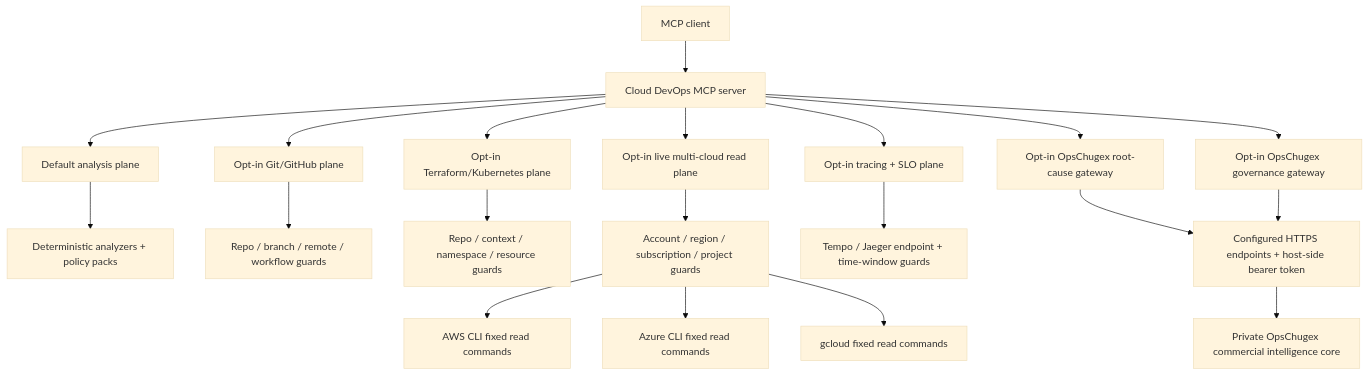
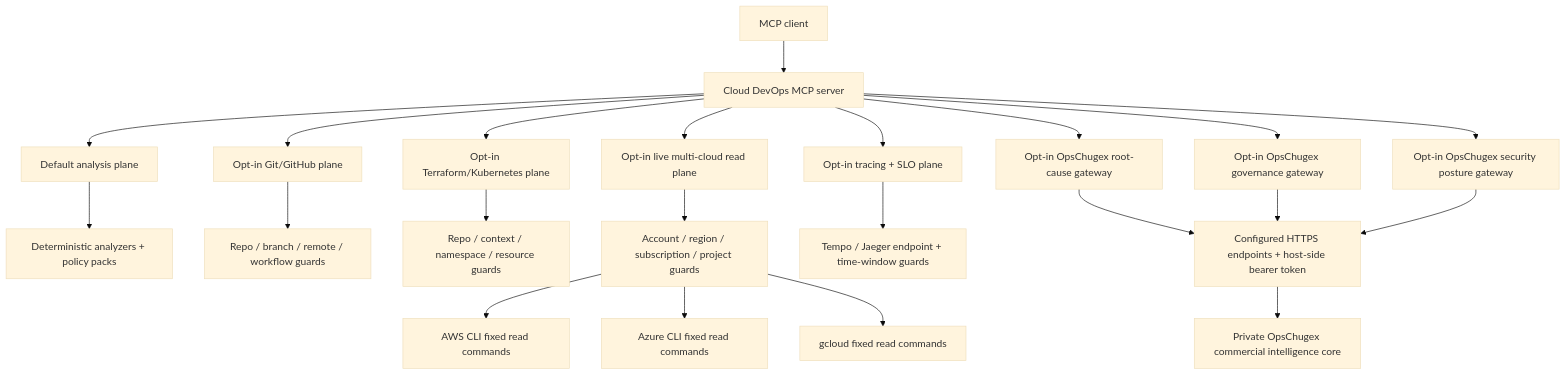
One commit to alexcgodwin/cloud-devops-mcp-server changed the diagram in docs/architecture.md. Above: the diagram before and after it, drawn with Mermaid (base theme). The commit also changed other lines of this file and 14 other files, not shown here.

Commit message:
Add v0.12 OpsChugex cloud security posture gateway (#28)

````diff
--- a/docs/architecture.md
+++ b/docs/architecture.md
@@ -20,24 +21,26 @@
 ```mermaid
 flowchart TD
   Client["MCP client"] --> Server["Cloud DevOps MCP server"]
   Server --> Analysis["Default analysis plane"]
   Server --> GitOps["Opt-in Git/GitHub plane"]
   Server --> Infra["Opt-in Terraform/Kubernetes plane"]
   Server --> Cloud["Opt-in live multi-cloud read plane"]
   Server --> Trace["Opt-in tracing + SLO plane"]
   Server --> RootCause["Opt-in OpsChugex root-cause gateway"]
   Server --> Governance["Opt-in OpsChugex governance gateway"]
+  Server --> Security["Opt-in OpsChugex security posture gateway"]
 
   Analysis --> Logic["Deterministic analyzers + policy packs"]
   GitOps --> GitGuards["Repo / branch / remote / workflow guards"]
   Infra --> InfraGuards["Repo / context / namespace / resource guards"]
   Cloud --> CloudGuards["Account / region / subscription / project guards"]
   Trace --> TraceGuards["Tempo / Jaeger endpoint + time-window guards"]
   RootCause --> OpsGuards["Configured HTTPS endpoints + host-side bearer token"]
   Governance --> OpsGuards
+  Security --> OpsGuards
   OpsGuards --> PrivateCore["Private OpsChugex commercial intelligence core"]
 
   CloudGuards --> AWS["AWS CLI fixed read commands"]
   CloudGuards --> Azure["Azure CLI fixed read commands"]
   CloudGuards --> GCP["gcloud fixed read commands"]
 ```
````
